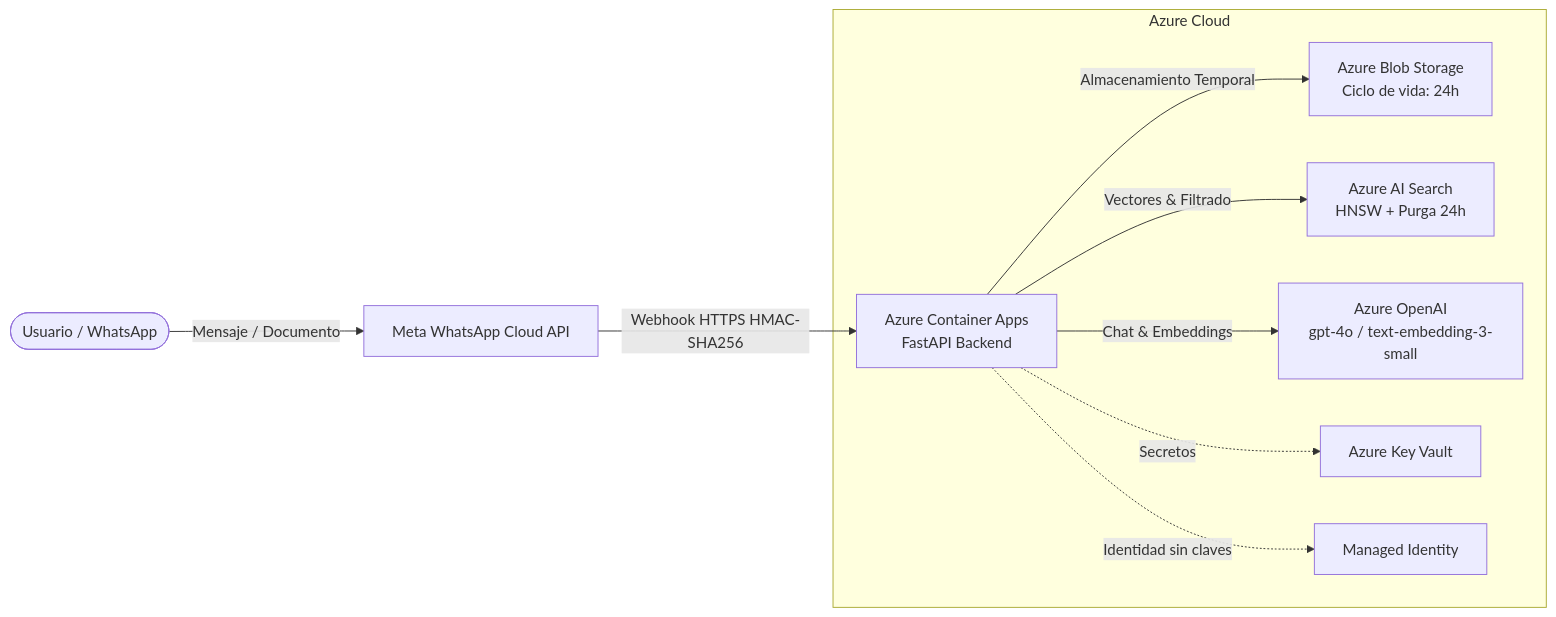
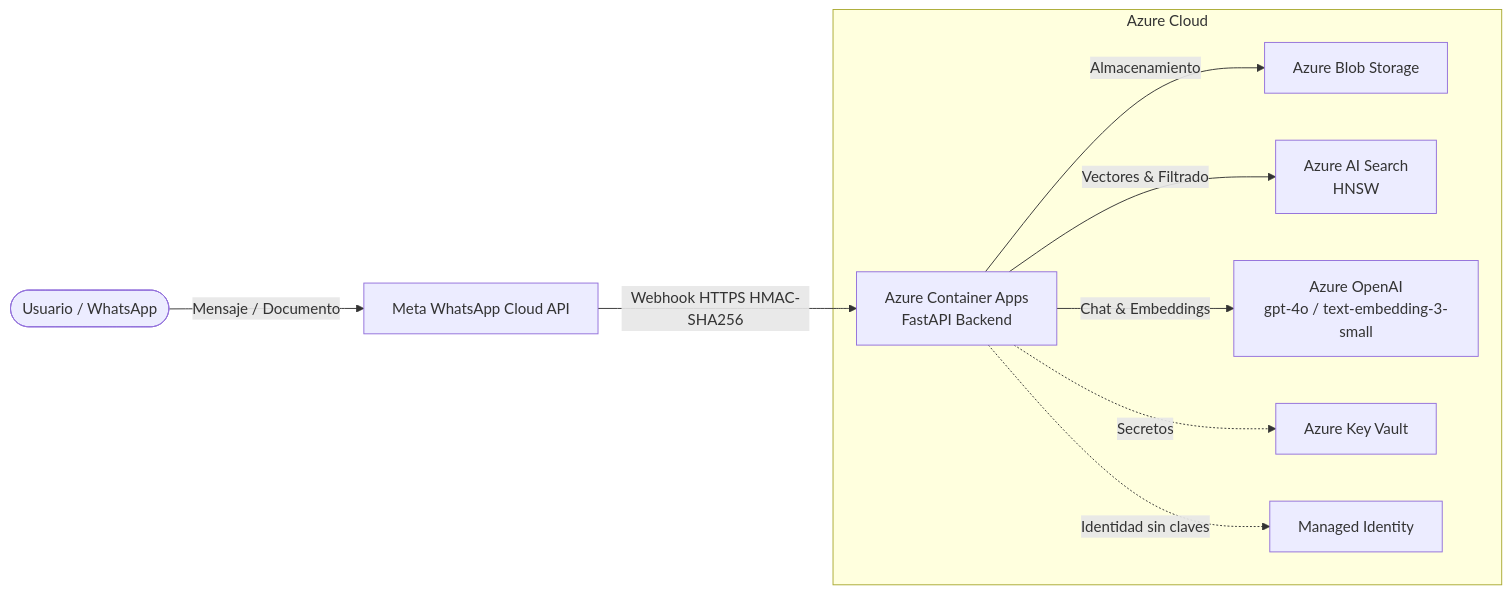
Before and after one commit to nayeman/DocuMind-AI: the diagram in README.md, drawn with Mermaid. The commit also changed other lines of this file, not shown here.

First line of the commit message:
📝 docs(retention): documentar almacenamiento sin vencimiento

````diff
--- a/README.md
+++ b/README.md
@@ -32,13 +32,13 @@
 ```mermaid
 flowchart LR
     User([Usuario / WhatsApp]) -->|Mensaje / Documento| Meta[Meta WhatsApp Cloud API]
     Meta -->|Webhook HTTPS HMAC-SHA256| ACA[Azure Container Apps\nFastAPI Backend]
     
     subgraph Azure Cloud
-        ACA -->|Almacenamiento Temporal| Blob[Azure Blob Storage\nCiclo de vida: 24h]
-        ACA -->|Vectores & Filtrado| Search[Azure AI Search\nHNSW + Purga 24h]
+        ACA -->|Almacenamiento| Blob[Azure Blob Storage]
+        ACA -->|Vectores & Filtrado| Search[Azure AI Search\nHNSW]
         ACA -->|Chat & Embeddings| OpenAI[Azure OpenAI\ngpt-4o / text-embedding-3-small]
         ACA -.->|Secretos| KV[Azure Key Vault]
         ACA -.->|Identidad sin claves| MSI[Managed Identity]
     end
 ```
````
